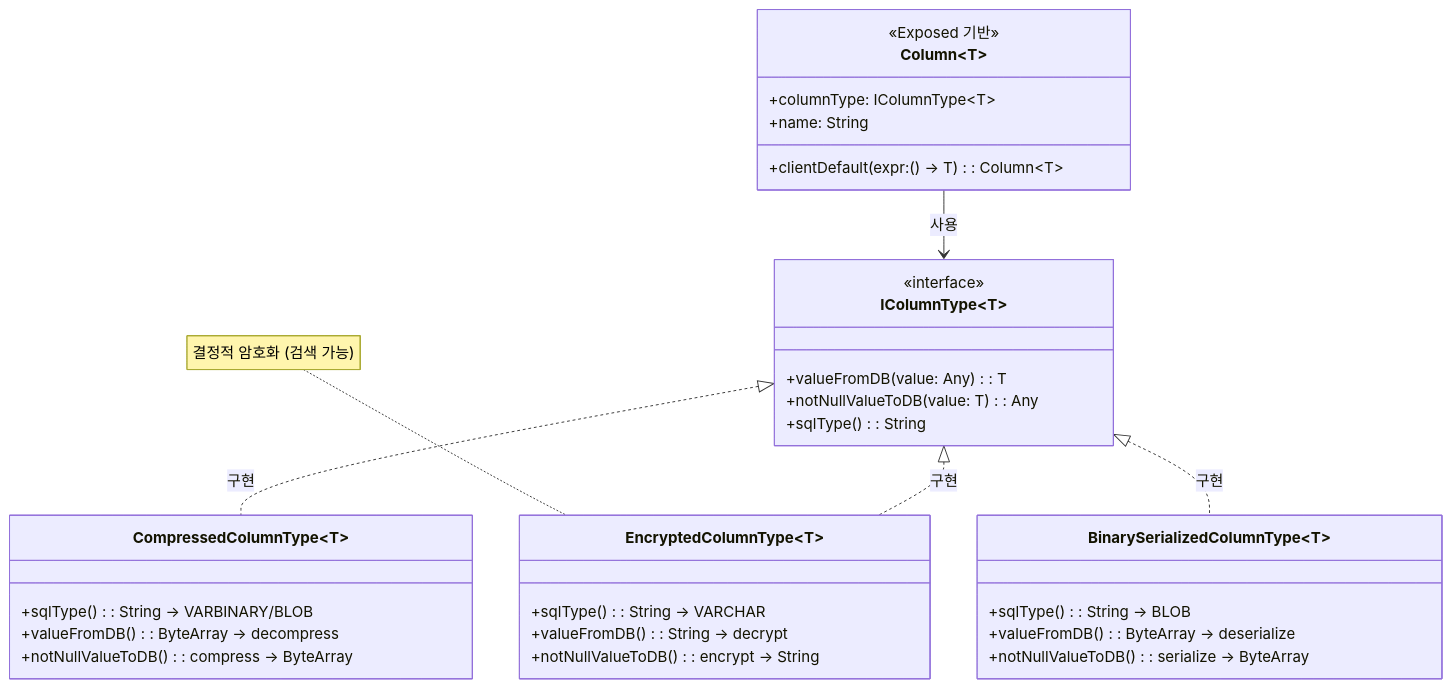
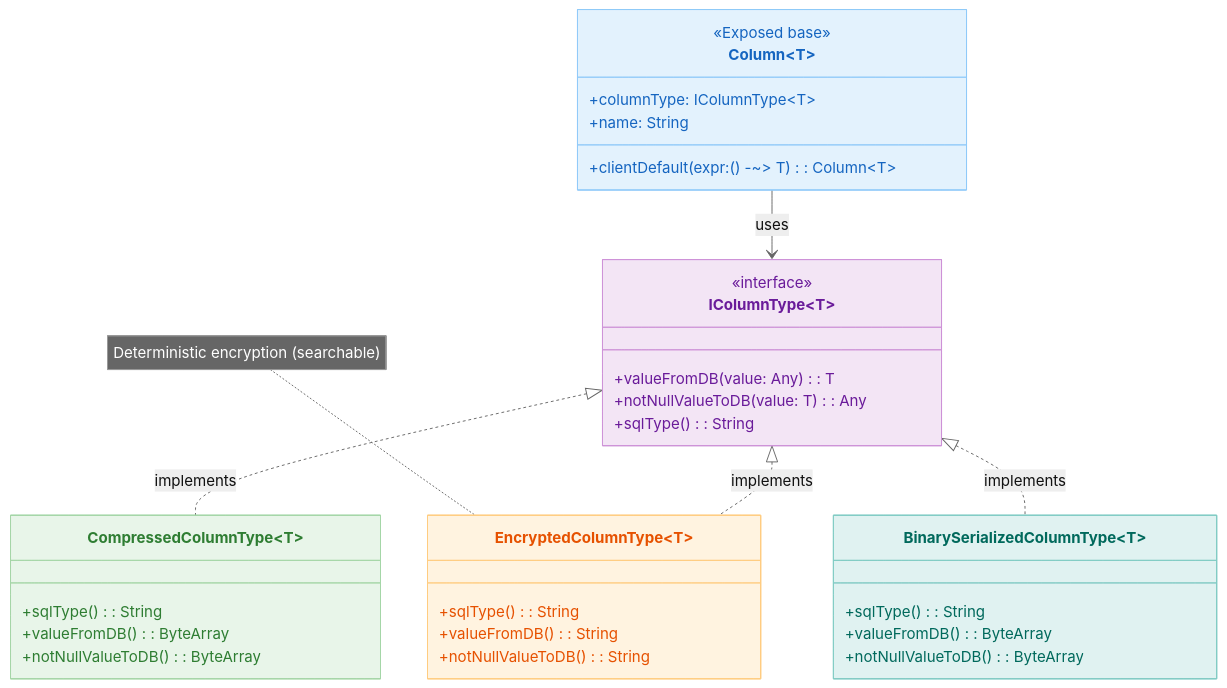
The first of 3 diagrams in 06-advanced/06-exposed-r2dbc-custom-columns/README.md (bluetape4k/exposed-r2dbc-workshop), drawn with Mermaid before and after one commit. The commit also changed other lines of this file and 63 other files, not shown here.

First line of the commit message:
docs: 전 모듈 README Mermaid UML 추가 및 영/한 이중화

````diff
--- a/06-advanced/06-exposed-r2dbc-custom-columns/README.md
+++ b/06-advanced/06-exposed-r2dbc-custom-columns/README.md
@@ -15,36 +17,43 @@
 ```mermaid
+%%{init: {"theme": "neutral"}}%%
 classDiagram
     class Column~T~ {
-        <<Exposed 기반>>
+        <<Exposed base>>
         +columnType: IColumnType~T~
         +name: String
-        +clientDefault(expr: () -> T): Column~T~
+        +clientDefault(expr: () -~> T): Column~T~
     }
     class IColumnType~T~ {
         <<interface>>
         +valueFromDB(value: Any): T
         +notNullValueToDB(value: T): Any
         +sqlType(): String
     }
     class CompressedColumnType~T~ {
-        +sqlType(): String → VARBINARY/BLOB
-        +valueFromDB(): ByteArray → decompress
-        +notNullValueToDB(): compress → ByteArray
+        +sqlType(): String
+        +valueFromDB(): ByteArray
+        +notNullValueToDB(): ByteArray
     }
     class EncryptedColumnType~T~ {
-        +sqlType(): String → VARCHAR
-        +valueFromDB(): String → decrypt
-        +notNullValueToDB(): encrypt → String
+        +sqlType(): String
+        +valueFromDB(): String
+        +notNullValueToDB(): String
     }
-    note for EncryptedColumnType "결정적 암호화 (검색 가능)"
+    note for EncryptedColumnType "Deterministic encryption (searchable)"
     class BinarySerializedColumnType~T~ {
-        +sqlType(): String → BLOB
-        +valueFromDB(): ByteArray → deserialize
-        +notNullValueToDB(): serialize → ByteArray
+        +sqlType(): String
+        +valueFromDB(): ByteArray
+        +notNullValueToDB(): ByteArray
     }
 
-    Column --> IColumnType : 사용
-    IColumnType <|.. CompressedColumnType : 구현
-    IColumnType <|.. EncryptedColumnType : 구현
-    IColumnType <|.. BinarySerializedColumnType : 구현
+    Column --> IColumnType : uses
+    IColumnType <|.. CompressedColumnType : implements
+    IColumnType <|.. EncryptedColumnType : implements
+    IColumnType <|.. BinarySerializedColumnType : implements
+
+    style Column fill:#E3F2FD,stroke:#90CAF9,color:#1565C0
+    style IColumnType fill:#F3E5F5,stroke:#CE93D8,color:#6A1B9A
+    style CompressedColumnType fill:#E8F5E9,stroke:#A5D6A7,color:#2E7D32
+    style EncryptedColumnType fill:#FFF3E0,stroke:#FFCC80,color:#E65100
+    style BinarySerializedColumnType fill:#E0F2F1,stroke:#80CBC4,color:#00695C
 ```
````
